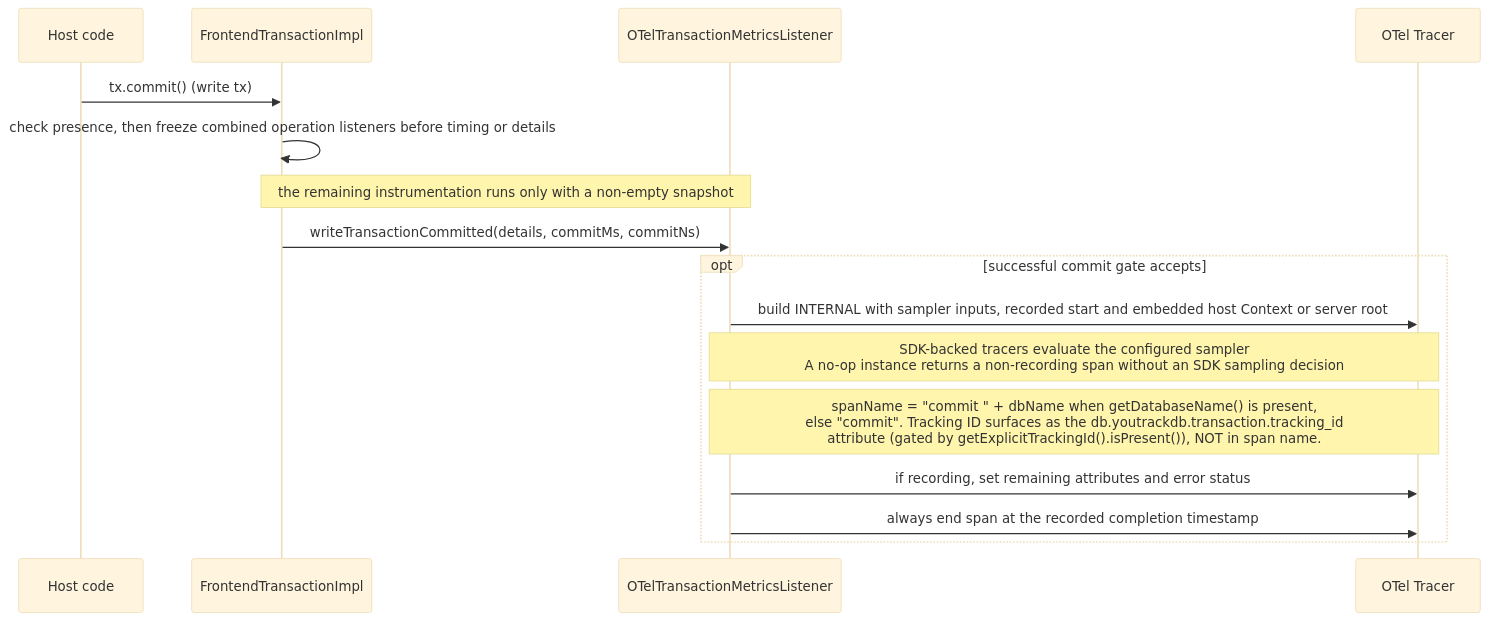
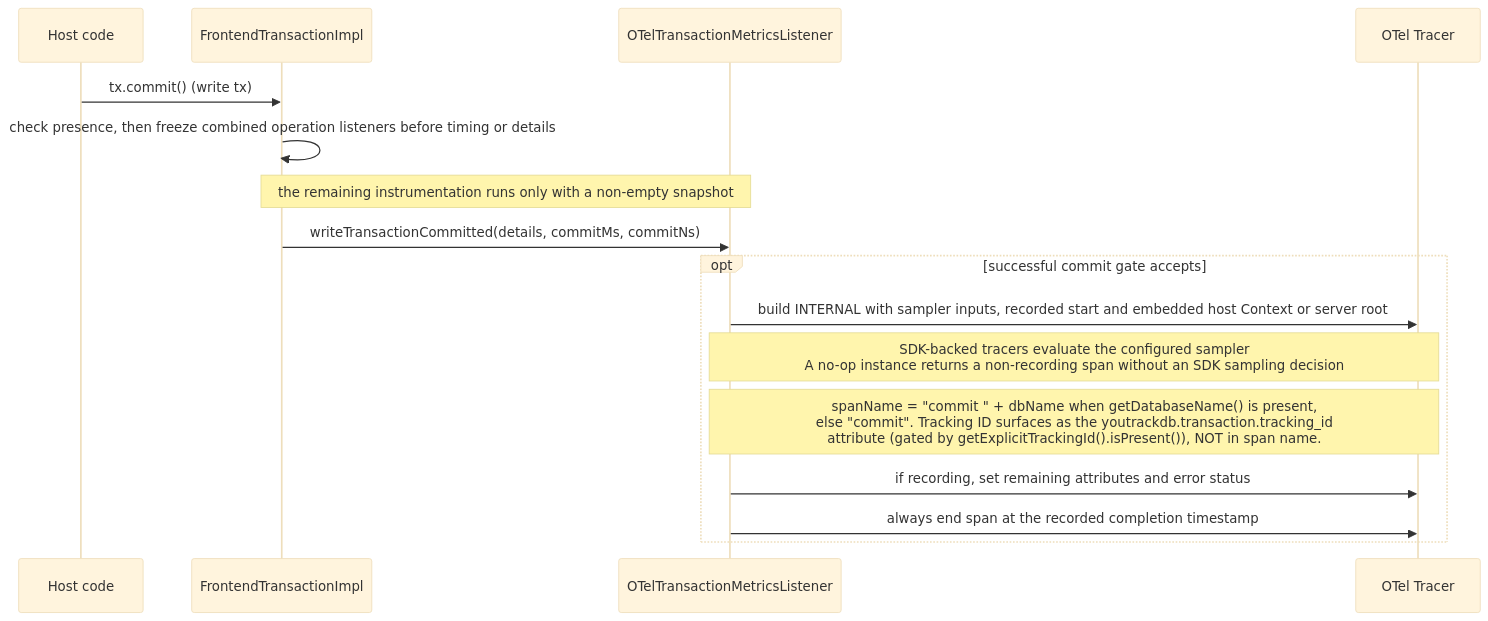
One commit to JetBrains/youtrackdb changed the third of 4 diagrams in docs/adr/ytdb-496-opentelemetry-support/_workflow/design.md. Above: the diagram before and after it, drawn with Mermaid (base theme). The commit also changed other lines of this file and 2 other files, not shown here.

````diff
--- a/docs/adr/ytdb-496-opentelemetry-support/_workflow/design.md
+++ b/docs/adr/ytdb-496-opentelemetry-support/_workflow/design.md
@@ -567,19 +567,19 @@
 ```mermaid
 sequenceDiagram
     participant Host as Host code
     participant TX as FrontendTransactionImpl
     participant OTL as OTelTransactionMetricsListener
     participant TR as OTel Tracer
 
     Host->>TX: tx.commit() (write tx)
     TX->>TX: check presence, then freeze combined operation listeners before timing or details
     Note over TX,OTL: the remaining instrumentation runs only with a non-empty snapshot
     TX->>OTL: writeTransactionCommitted(details, commitMs, commitNs)
     opt successful commit gate accepts
         OTL->>TR: build INTERNAL with sampler inputs, recorded start and embedded host Context or server root
         Note over OTL,TR: SDK-backed tracers evaluate the configured sampler<br/>A no-op instance returns a non-recording span without an SDK sampling decision
-        Note over OTL,TR: spanName = "commit " + dbName when getDatabaseName() is present,<br/>else "commit". Tracking ID surfaces as the db.youtrackdb.transaction.tracking_id<br/>attribute (gated by getExplicitTrackingId().isPresent()), NOT in span name.
+        Note over OTL,TR: spanName = "commit " + dbName when getDatabaseName() is present,<br/>else "commit". Tracking ID surfaces as the youtrackdb.transaction.tracking_id<br/>attribute (gated by getExplicitTrackingId().isPresent()), NOT in span name.
         OTL->>TR: if recording, set remaining attributes and error status
         OTL->>TR: always end span at the recorded completion timestamp
     end
 ```
````
